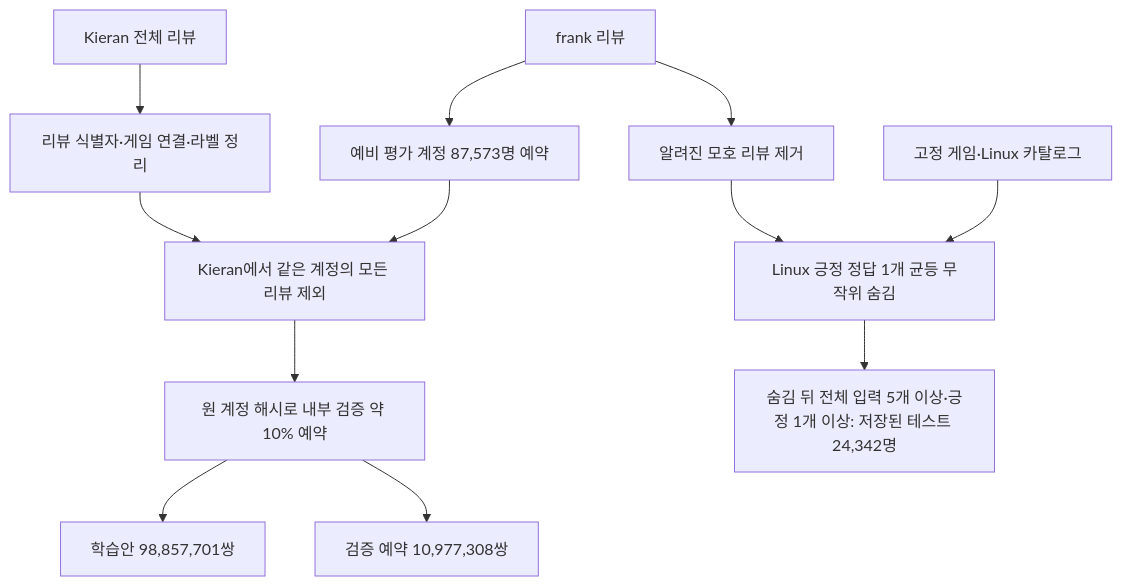
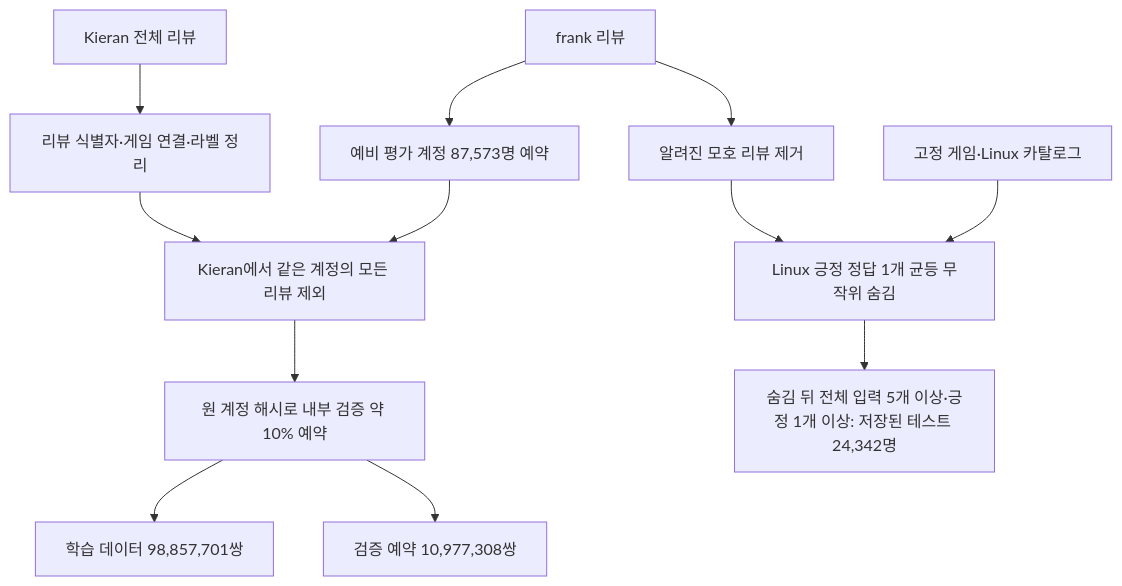
The diagram in EDA/docs/datasets/README.md (jinSeong-P/ML-game-recommendation), drawn with Mermaid before and after one commit. The commit also changed other lines of this file and 88 other files, not shown here.

````diff
--- a/EDA/docs/datasets/README.md
+++ b/EDA/docs/datasets/README.md
@@ -19,14 +19,14 @@
 ```mermaid
 flowchart TD
     K[Kieran 전체 리뷰] --> C[리뷰 식별자·게임 연결·라벨 정리]
     F[frank 리뷰] --> R[예비 평가 계정 87,573명 예약]
     R --> X[Kieran에서 같은 계정의 모든 리뷰 제외]
     C --> X
     X --> V[원 계정 해시로 내부 검증 약 10% 예약]
-    V --> T[학습안 98,857,701쌍]
+    V --> T[학습 데이터 98,857,701쌍]
     V --> H[검증 예약 10,977,308쌍]
     F --> Q[알려진 모호 리뷰 제거]
     Q --> E[Linux 긍정 정답 1개 균등 무작위 숨김]
     G[고정 게임·Linux 카탈로그] --> E
     E --> U[숨김 뒤 전체 입력 5개 이상·긍정 1개 이상: 저장된 테스트 24,342명]
 ```
````
